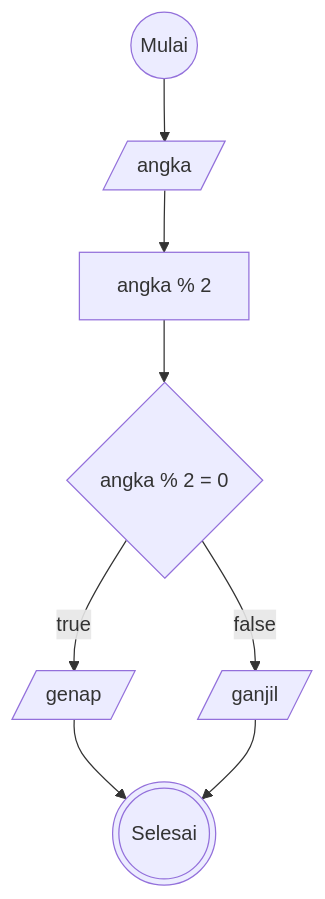
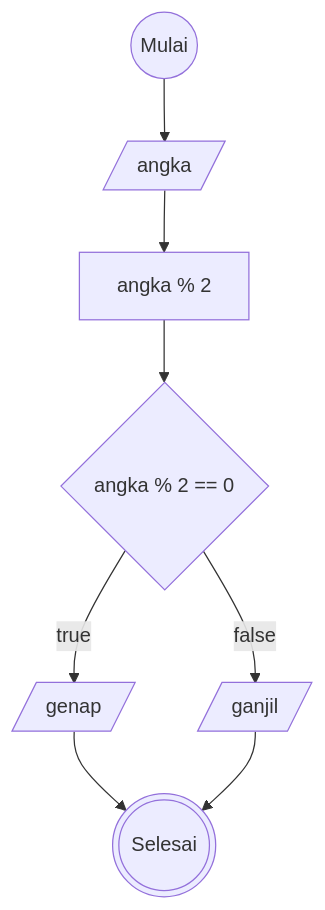
The diagram in flowchart-ganjil-genap.md (Arif14377/koda-b6-algoritma), drawn with Mermaid before and after one commit.

````diff
--- a/flowchart-ganjil-genap.md
+++ b/flowchart-ganjil-genap.md
@@ -1,19 +1,19 @@
 ```mermaid
 flowchart TD
 start@{shape: circle, label: "Mulai"}
 stop@{shape: dbl-circ, label: "Selesai"}
 input@{ shape: lean-r, label: "angka"}
 proses@{ shape: rect, label: "angka % 2" }
-decision@{ shape: diamond, label: "angka % 2 = 0" }
+decision@{ shape: diamond, label: "angka % 2 == 0" }
 ganjil@{ shape: lean-r, label: "ganjil"}
 genap@{ shape: lean-r, label: "genap"}
 
  start-->input
  input-->proses
  proses-->decision
  decision-- true --> genap
  decision-- false --> ganjil
  genap-->stop
  ganjil-->stop
 
 ```
````
